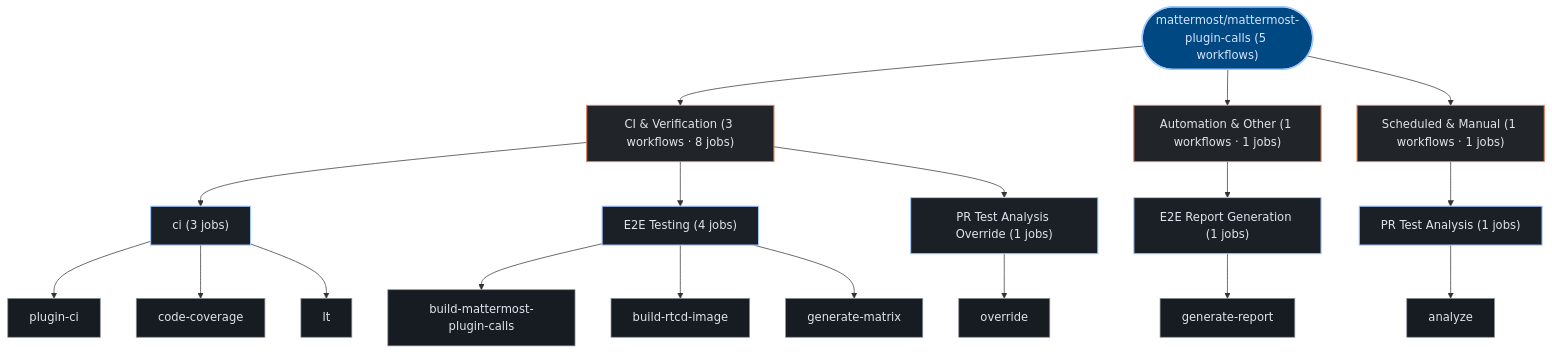
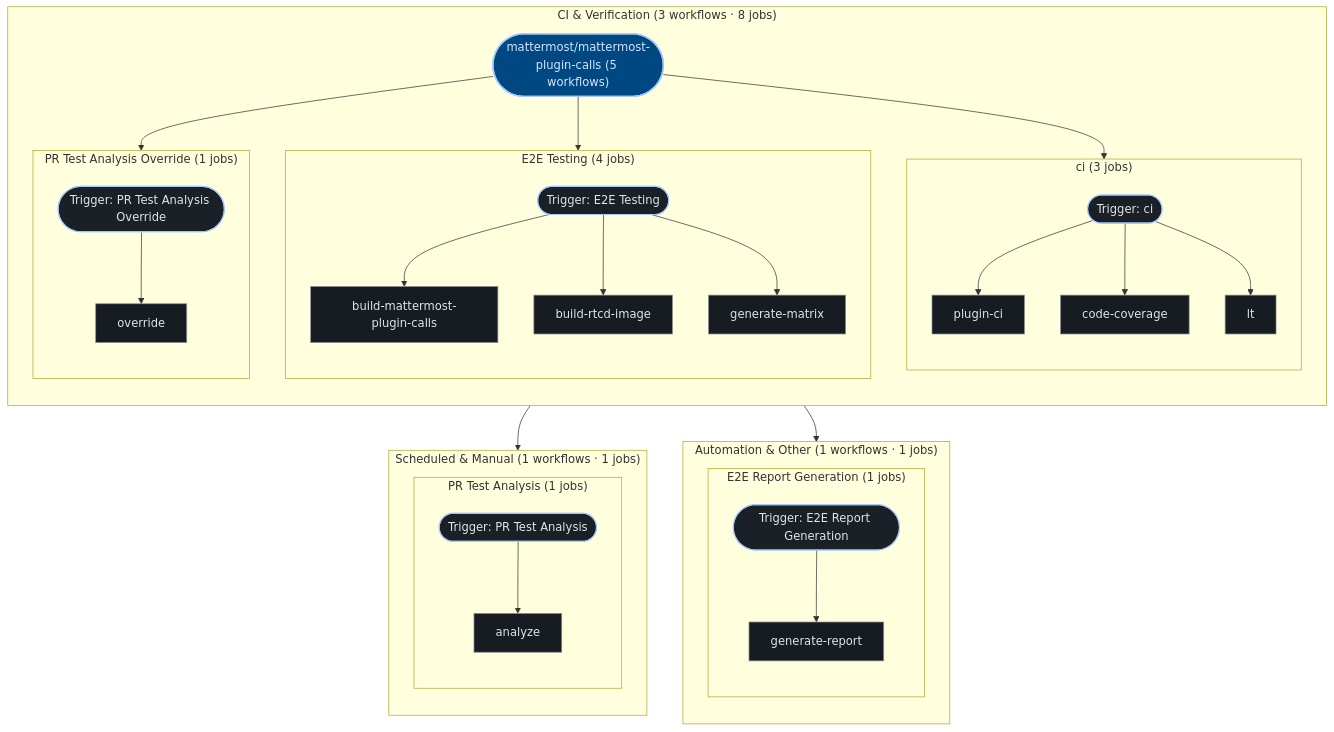
Before and after one commit to kumarshaz/atruss-code-atlas: the third of 3 diagrams in exports/latest/reports/mattermost-mattermost-plugin-calls-report.md, drawn with Mermaid. The commit also changed 181 other files, not shown here.

````diff
--- a/exports/latest/reports/mattermost-mattermost-plugin-calls-report.md
+++ b/exports/latest/reports/mattermost-mattermost-plugin-calls-report.md
@@ -259,45 +259,63 @@
 ```mermaid
 graph TD;
   classDef atlasRoot fill:#004882,stroke:#a3c9ff,stroke-width:2px,color:#d3e4ff
   classDef atlasCategory fill:#212428,stroke:#E87A48,stroke-width:1.5px,color:#dfe3eb
   classDef atlasWorkflow fill:#1b2026,stroke:#a3c9ff,stroke-width:1.5px,color:#dfe3eb
   classDef atlasJob fill:#171c22,stroke:#8d9199,stroke-width:1px,color:#dfe3eb
   classDef atlasTarget fill:#005227,stroke:#8bd99b,stroke-width:1.5px,color:#a7f6b6
   classDef atlasAlert fill:#93000a,stroke:#ffb4ab,stroke-width:1.5px,color:#ffdad6
   classDef atlasMore fill:#252a31,stroke:#8d9199,stroke-dasharray:4 4,color:#c3c6cf
   pipeline_root(["mattermost/mattermost-plugin-calls (5 workflows)"]):::atlasRoot
-  grp_0_CI___Verification["CI & Verification (3 workflows · 8 jobs)"]:::atlasCategory
-  pipeline_root --> grp_0_CI___Verification
-  wf_0_ci["ci (3 jobs)"]:::atlasWorkflow
-  grp_0_CI___Verification --> wf_0_ci
-  job_0_plugin_ci["plugin-ci"]:::atlasJob
-  job_0_code_coverage["code-coverage"]:::atlasJob
-  job_0_lt["lt"]:::atlasJob
-  wf_0_ci --> job_0_plugin_ci
-  wf_0_ci --> job_0_code_coverage
-  wf_0_ci --> job_0_lt
-  wf_1_E2E_Testing["E2E Testing (4 jobs)"]:::atlasWorkflow
-  grp_0_CI___Verification --> wf_1_E2E_Testing
-  job_1_build_mattermost_plugin_calls["build-mattermost-plugin-calls"]:::atlasJob
-  job_1_build_rtcd_image["build-rtcd-image"]:::atlasJob
-  job_1_generate_matrix["generate-matrix"]:::atlasJob
-  wf_1_E2E_Testing --> job_1_build_mattermost_plugin_calls
-  wf_1_E2E_Testing --> job_1_build_rtcd_image
-  wf_1_E2E_Testing --> job_1_generate_matrix
-  wf_3_PR_Test_Analysis_Override["PR Test Analysis Override (1 jobs)"]:::atlasWorkflow
-  grp_0_CI___Verification --> wf_3_PR_Test_Analysis_Override
-  job_3_override["override"]:::atlasJob
-  wf_3_PR_Test_Analysis_Override --> job_3_override
-  grp_1_Automation___Other["Automation & Other (1 workflows · 1 jobs)"]:::atlasCategory
-  pipeline_root --> grp_1_Automation___Other
-  wf_2_E2E_Report_Generation["E2E Report Generation (1 jobs)"]:::atlasWorkflow
-  grp_1_Automation___Other --> wf_2_E2E_Report_Generation
-  job_2_generate_report["generate-report"]:::atlasJob
-  wf_2_E2E_Report_Generation --> job_2_generate_report
-  grp_2_Scheduled___Manual["Scheduled & Manual (1 workflows · 1 jobs)"]:::atlasCategory
-  pipeline_root --> grp_2_Scheduled___Manual
-  wf_4_PR_Test_Analysis["PR Test Analysis (1 jobs)"]:::atlasWorkflow
-  grp_2_Scheduled___Manual --> wf_4_PR_Test_Analysis
-  job_4_analyze["analyze"]:::atlasJob
-  wf_4_PR_Test_Analysis --> job_4_analyze
+  subgraph sg_grp_0_CI___Verification["CI & Verification (3 workflows · 8 jobs)"]
+    direction TB
+    subgraph sg_wf_0_ci["ci (3 jobs)"]
+      direction TB
+      wf_0_ci(["Trigger: ci"]):::atlasWorkflow
+      job_0_plugin_ci["plugin-ci"]:::atlasJob
+      job_0_code_coverage["code-coverage"]:::atlasJob
+      job_0_lt["lt"]:::atlasJob
+      wf_0_ci --> job_0_plugin_ci
+      wf_0_ci --> job_0_code_coverage
+      wf_0_ci --> job_0_lt
+    end
+    pipeline_root --> wf_0_ci
+    subgraph sg_wf_1_E2E_Testing["E2E Testing (4 jobs)"]
+      direction TB
+      wf_1_E2E_Testing(["Trigger: E2E Testing"]):::atlasWorkflow
+      job_1_build_mattermost_plugin_calls["build-mattermost-plugin-calls"]:::atlasJob
+      job_1_build_rtcd_image["build-rtcd-image"]:::atlasJob
+      job_1_generate_matrix["generate-matrix"]:::atlasJob
+      wf_1_E2E_Testing --> job_1_build_mattermost_plugin_calls
+      wf_1_E2E_Testing --> job_1_build_rtcd_image
+      wf_1_E2E_Testing --> job_1_generate_matrix
+    end
+    pipeline_root --> wf_1_E2E_Testing
+    subgraph sg_wf_3_PR_Test_Analysis_Override["PR Test Analysis Override (1 jobs)"]
+      direction TB
+      wf_3_PR_Test_Analysis_Override(["Trigger: PR Test Analysis Override"]):::atlasWorkflow
+      job_3_override["override"]:::atlasJob
+      wf_3_PR_Test_Analysis_Override --> job_3_override
+    end
+    pipeline_root --> wf_3_PR_Test_Analysis_Override
+  end
+  subgraph sg_grp_1_Automation___Other["Automation & Other (1 workflows · 1 jobs)"]
+    direction TB
+    subgraph sg_wf_2_E2E_Report_Generation["E2E Report Generation (1 jobs)"]
+      direction TB
+      wf_2_E2E_Report_Generation(["Trigger: E2E Report Generation"]):::atlasWorkflow
+      job_2_generate_report["generate-report"]:::atlasJob
+      wf_2_E2E_Report_Generation --> job_2_generate_report
+    end
+    pipeline_root --> wf_2_E2E_Report_Generation
+  end
+  subgraph sg_grp_2_Scheduled___Manual["Scheduled & Manual (1 workflows · 1 jobs)"]
+    direction TB
+    subgraph sg_wf_4_PR_Test_Analysis["PR Test Analysis (1 jobs)"]
+      direction TB
+      wf_4_PR_Test_Analysis(["Trigger: PR Test Analysis"]):::atlasWorkflow
+      job_4_analyze["analyze"]:::atlasJob
+      wf_4_PR_Test_Analysis --> job_4_analyze
+    end
+    pipeline_root --> wf_4_PR_Test_Analysis
+  end
 ```
````
